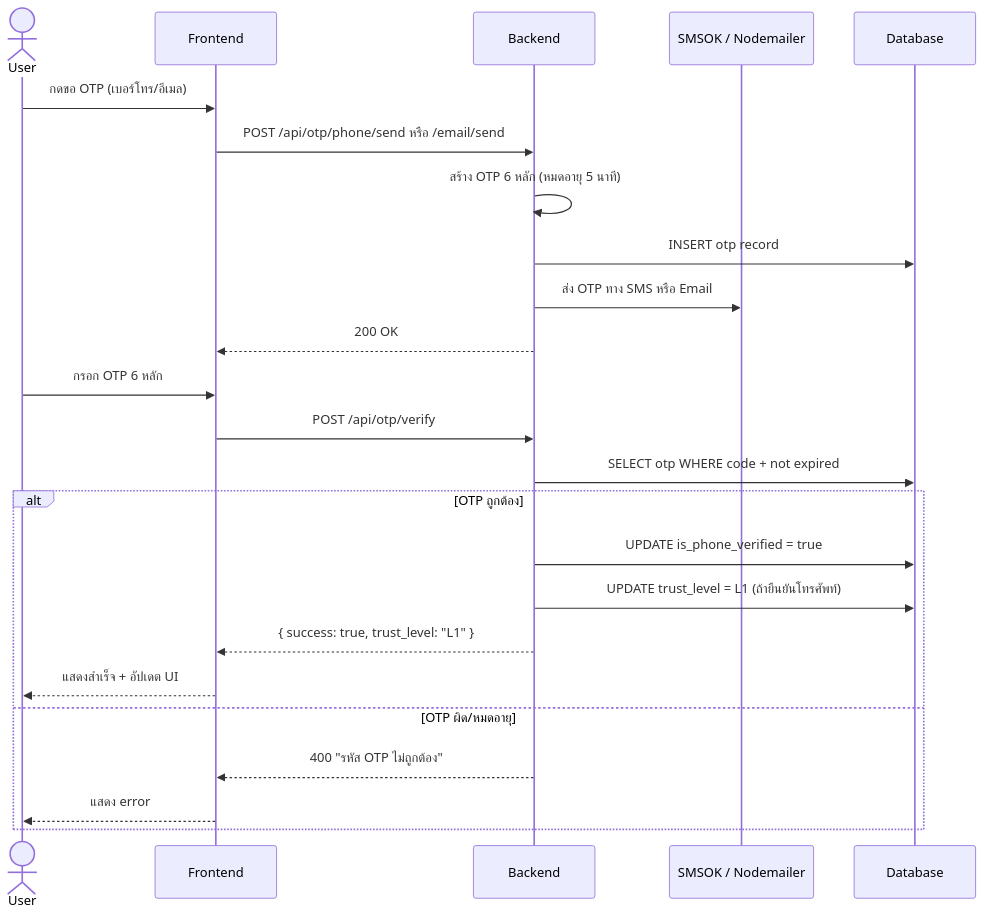
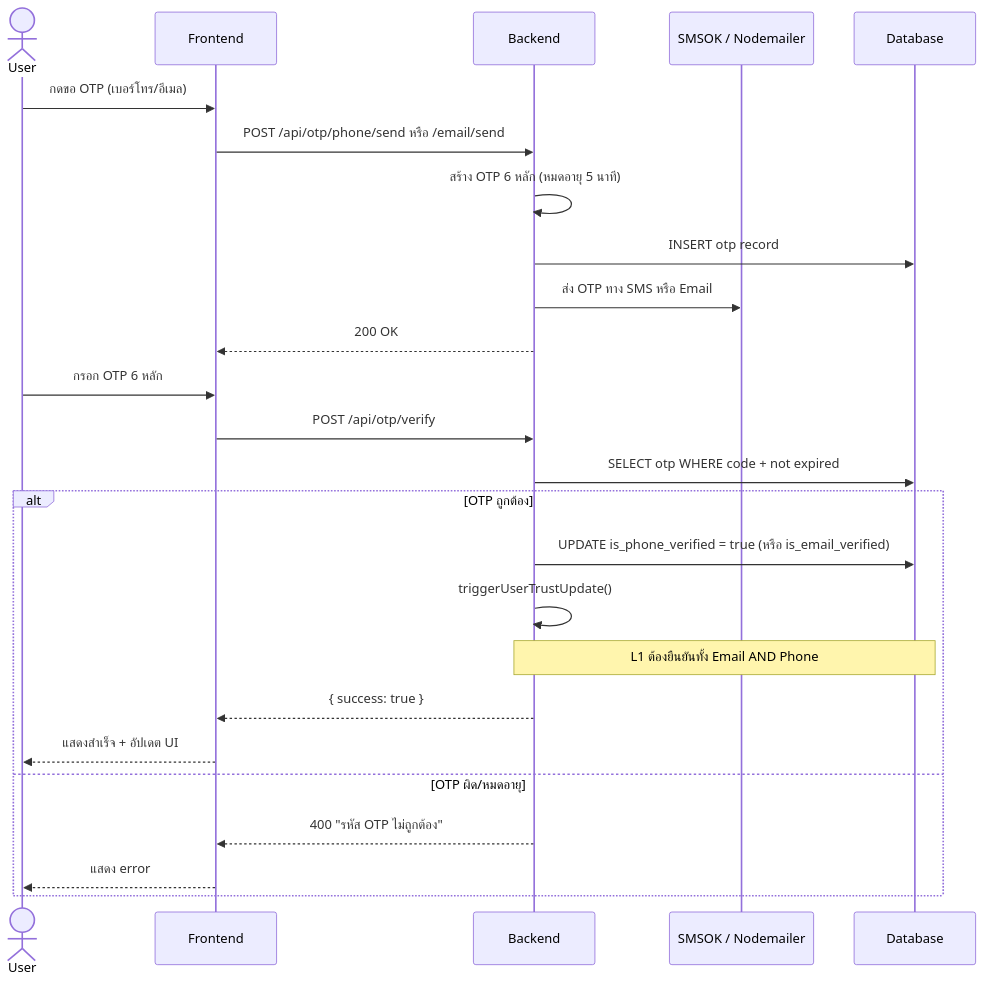
Before and after one commit to SakdaRt/Careconnect: the fifth of 16 diagrams in THESIS_CONTENT_CH3_PART3.md, drawn with Mermaid. The commit also changed other lines of this file and 1 other file, not shown here.

````diff
--- a/THESIS_CONTENT_CH3_PART3.md
+++ b/THESIS_CONTENT_CH3_PART3.md
@@ -765,26 +765,27 @@
 ```mermaid
 sequenceDiagram
     actor User
     participant FE as Frontend
     participant BE as Backend
     participant SMS as SMSOK / Nodemailer
     participant DB as Database
     User->>FE: กดขอ OTP (เบอร์โทร/อีเมล)
     FE->>BE: POST /api/otp/phone/send หรือ /email/send
     BE->>BE: สร้าง OTP 6 หลัก (หมดอายุ 5 นาที)
     BE->>DB: INSERT otp record
     BE->>SMS: ส่ง OTP ทาง SMS หรือ Email
     BE-->>FE: 200 OK
     User->>FE: กรอก OTP 6 หลัก
     FE->>BE: POST /api/otp/verify
     BE->>DB: SELECT otp WHERE code + not expired
     alt OTP ถูกต้อง
-        BE->>DB: UPDATE is_phone_verified = true
-        BE->>DB: UPDATE trust_level = L1 (ถ้ายืนยันโทรศัพท์)
-        BE-->>FE: { success: true, trust_level: "L1" }
+        BE->>DB: UPDATE is_phone_verified = true (หรือ is_email_verified)
+        BE->>BE: triggerUserTrustUpdate()
+        Note over BE,DB: L1 ต้องยืนยันทั้ง Email AND Phone
+        BE-->>FE: { success: true }
         FE-->>User: แสดงสำเร็จ + อัปเดต UI
     else OTP ผิด/หมดอายุ
         BE-->>FE: 400 "รหัส OTP ไม่ถูกต้อง"
         FE-->>User: แสดง error
     end
 ```
````
